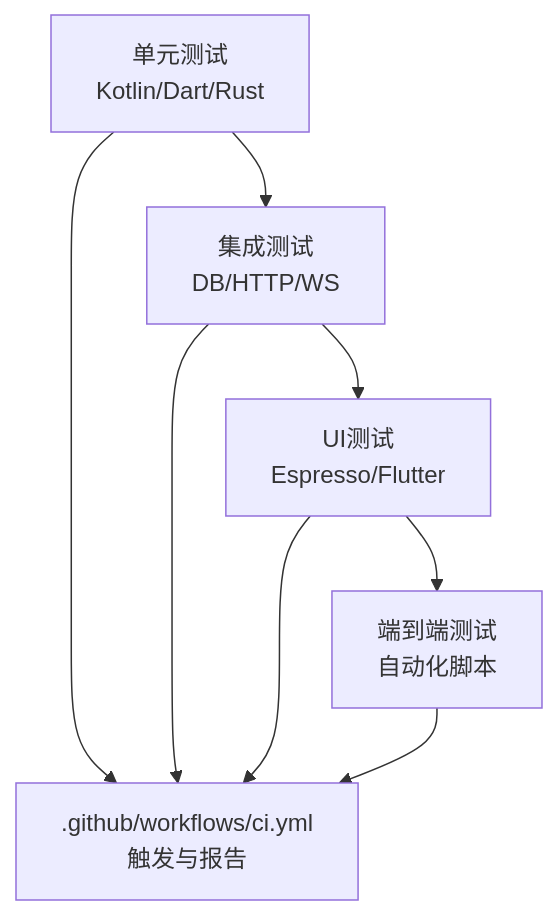
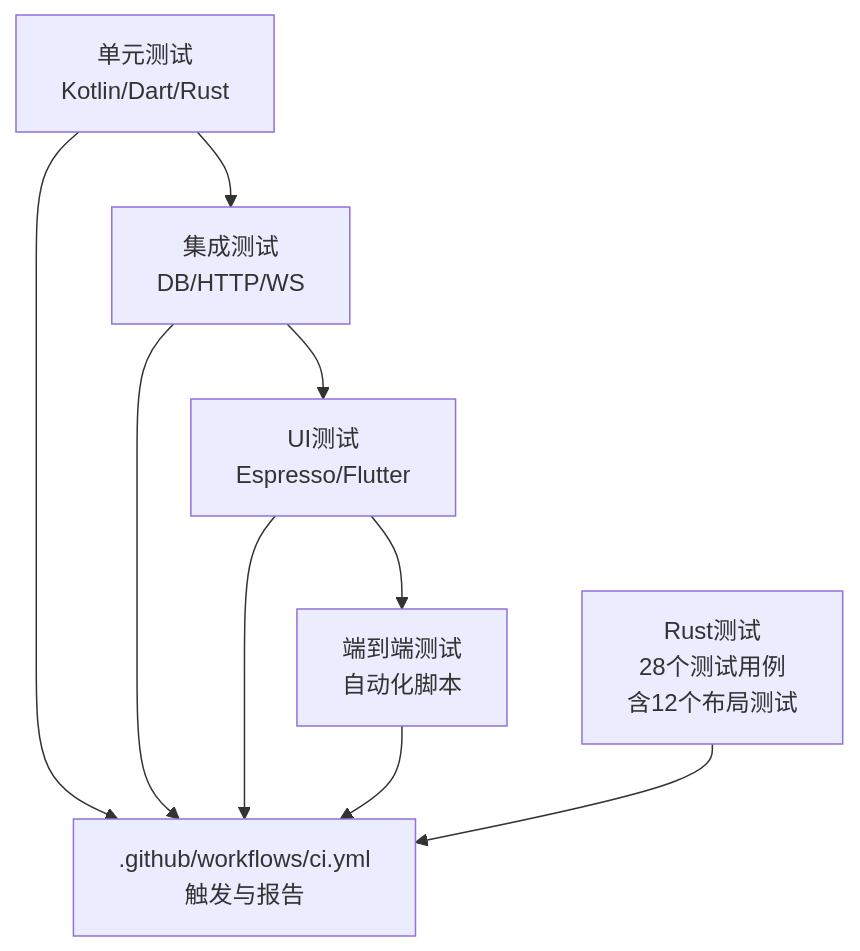
Before and after one commit to ZhangGHGitHub/LegadoTeamFlutter: the second of 5 diagrams in .qoder/repowiki/zh/content/开发指南/测试策略/测试策略.md, drawn with Mermaid. The commit also changed other lines of this file and 66 other files, not shown here.

````diff
--- a/.qoder/repowiki/zh/content/开发指南/测试策略/测试策略.md
+++ b/.qoder/repowiki/zh/content/开发指南/测试策略/测试策略.md
@@ -119,11 +135,12 @@
 ```mermaid
 graph TB
 U["单元测试<br/>Kotlin/Dart/Rust"] --> I["集成测试<br/>DB/HTTP/WS"]
 I --> UI["UI测试<br/>Espresso/Flutter"]
 UI --> E2E["端到端测试<br/>自动化脚本"]
 CI[".github/workflows/ci.yml<br/>触发与报告"]
 U --> CI
 I --> CI
 UI --> CI
 E2E --> CI
+RUST_TESTS["Rust测试<br/>28个测试用例<br/>含12个布局测试"] --> CI
 ```
````
